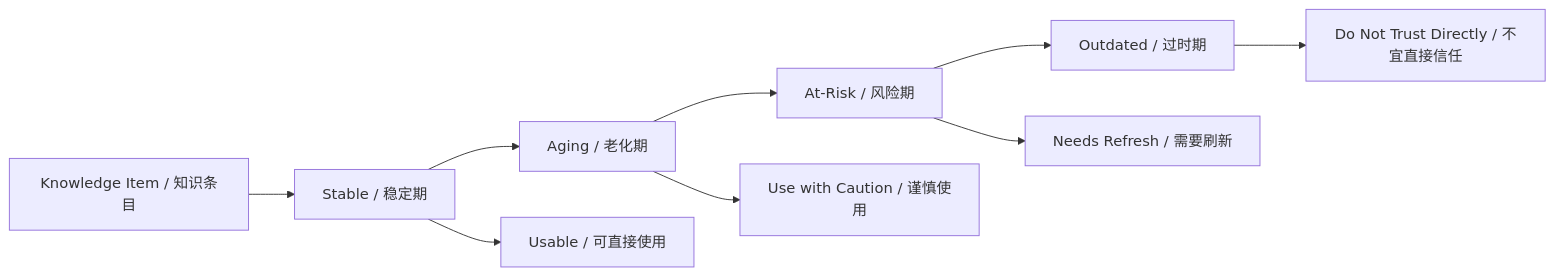
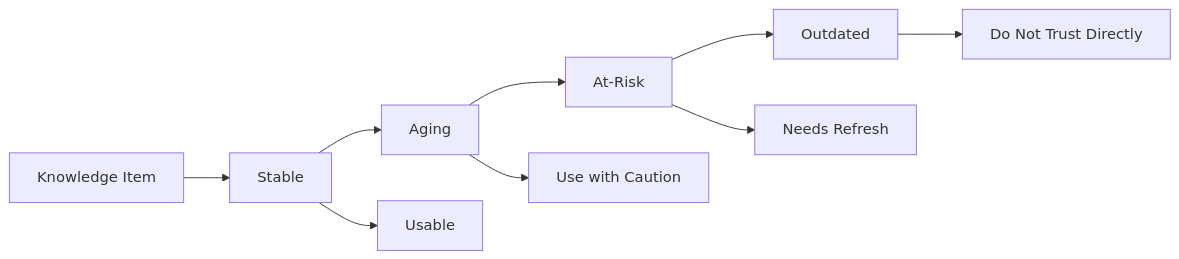
The sixth of 8 diagrams in README.md (televgtamfe-coder/HelixForge), drawn with Mermaid before and after one commit. The commit also changed other lines of this file and 1 other file, not shown here.

````diff
--- a/README.md
+++ b/README.md
@@ -193,12 +166,12 @@
 ```mermaid
 flowchart LR
-    K["Knowledge Item / 知识条目"] --> S1["Stable / 稳定期"]
-    S1 --> S2["Aging / 老化期"]
-    S2 --> S3["At-Risk / 风险期"]
-    S3 --> S4["Outdated / 过时期"]
+    K["Knowledge Item"] --> S1["Stable"]
+    S1 --> S2["Aging"]
+    S2 --> S3["At-Risk"]
+    S3 --> S4["Outdated"]
 
-    S1 --> U["Usable / 可直接使用"]
-    S2 --> W["Use with Caution / 谨慎使用"]
-    S3 --> R["Needs Refresh / 需要刷新"]
-    S4 --> X["Do Not Trust Directly / 不宜直接信任"]
+    S1 --> U["Usable"]
+    S2 --> W["Use with Caution"]
+    S3 --> R["Needs Refresh"]
+    S4 --> X["Do Not Trust Directly"]
 ```
````
